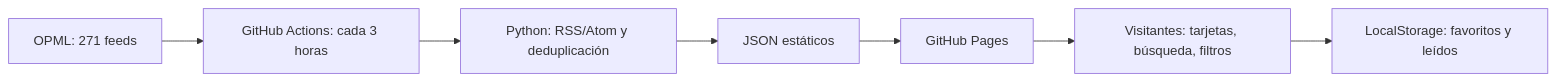
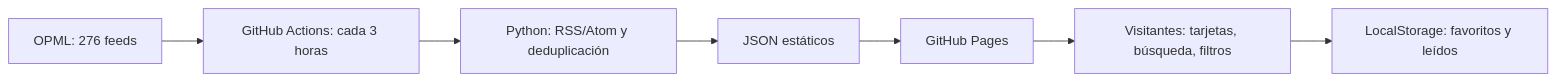
One commit to medinacaj/notisonda changed the diagram in README.md. Above: the diagram before and after it, drawn with Mermaid. The commit also changed other lines of this file and 28 other files, not shown here.

````diff
--- a/README.md
+++ b/README.md
@@ -9,9 +9,9 @@
 ```mermaid
 flowchart LR
-  A[OPML: 271 feeds] --> B[GitHub Actions: cada 3 horas]
+  A[OPML: 276 feeds] --> B[GitHub Actions: cada 3 horas]
   B --> C[Python: RSS/Atom y deduplicación]
   C --> D[JSON estáticos]
   D --> E[GitHub Pages]
   E --> F[Visitantes: tarjetas, búsqueda, filtros]
   F --> G[LocalStorage: favoritos y leídos]
 ```
````
